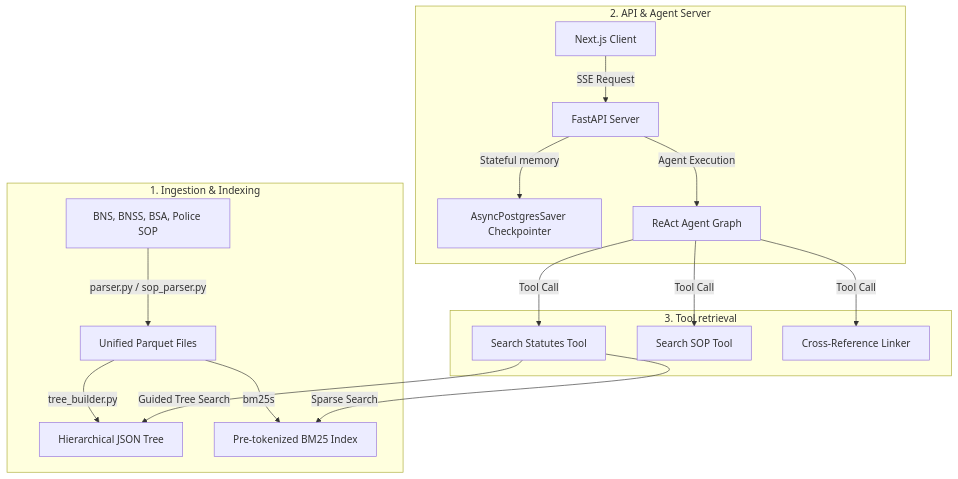
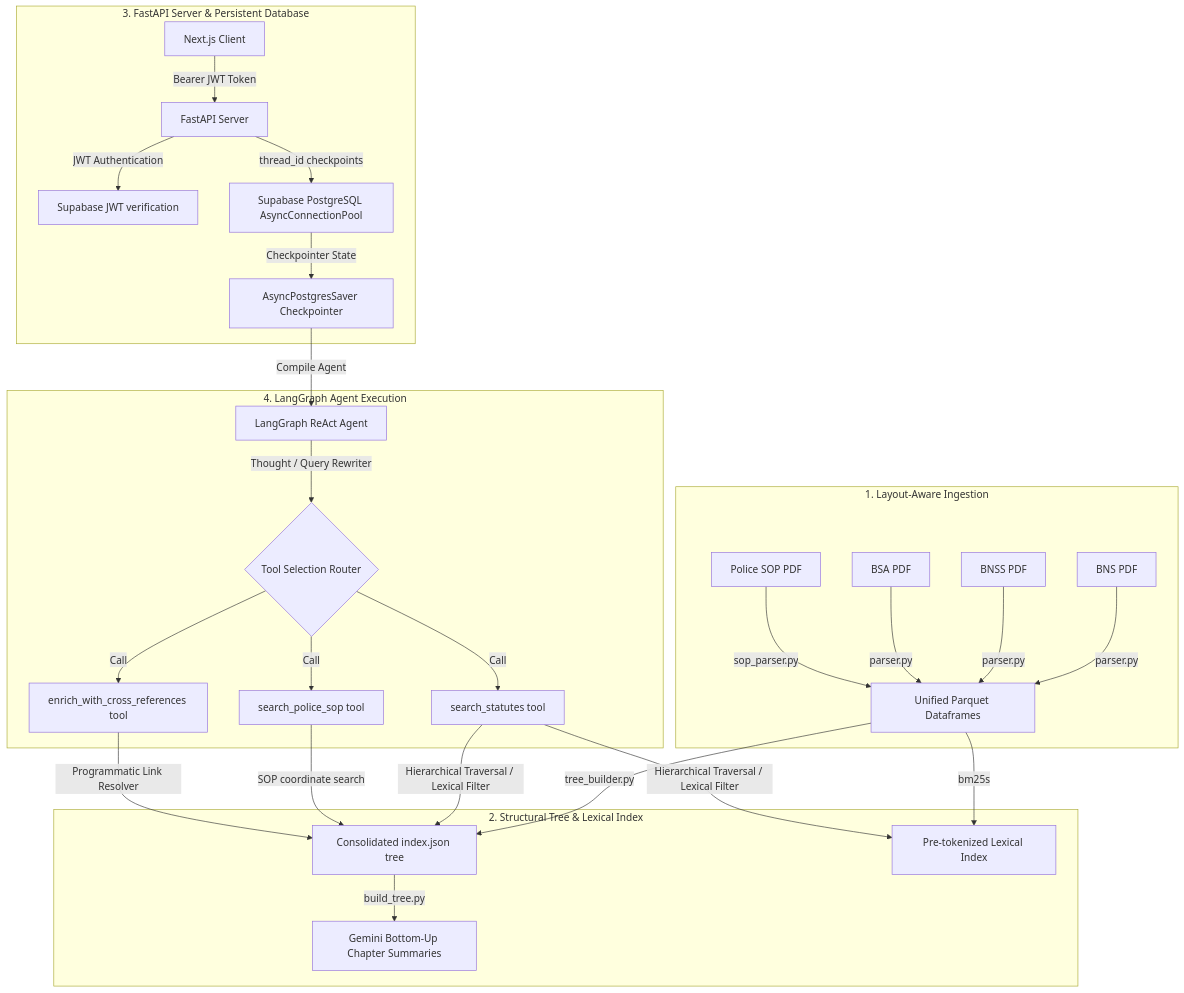
The diagram in docs/technical_report.md (MET4L-DS/Vectorless-RAG), drawn with Mermaid before and after one commit. The commit also changed other lines of this file, not shown here.

````diff
--- a/docs/technical_report.md
+++ b/docs/technical_report.md
@@ -16,23 +17,34 @@
 ```mermaid
 flowchart TD
-    subgraph Ingestion [1. Ingestion & Indexing]
-        PDFs[BNS, BNSS, BSA, Police SOP] -->|parser.py / sop_parser.py| Parquet[Unified Parquet Files]
-        Parquet -->|tree_builder.py| JSONTree[Hierarchical JSON Tree]
-        Parquet -->|bm25s| BM25Index[Pre-tokenized BM25 Index]
+    subgraph Parsing_Pipeline [1. Layout-Aware Ingestion]
+        BNS_PDF[BNS PDF] -->|parser.py| Parquet[Unified Parquet Dataframes]
+        BNSS_PDF[BNSS PDF] -->|parser.py| Parquet
+        BSA_PDF[BSA PDF] -->|parser.py| Parquet
+        SOP_PDF[Police SOP PDF] -->|sop_parser.py| Parquet
     end
 
-    subgraph API [2. API & Agent Server]
-        Client[Next.js Client] -->|SSE Request| API_Server[FastAPI Server]
-        API_Server -->|Stateful memory| PostgresSaver[AsyncPostgresSaver Checkpointer]
-        API_Server -->|Agent Execution| LangGraph[ReAct Agent Graph]
+    subgraph Indexing [2. Structural Tree & Lexical Index]
+        Parquet -->|tree_builder.py| JSONTree[Consolidated index.json tree]
+        Parquet -->|bm25s| BM25Index[Pre-tokenized Lexical Index]
+        JSONTree -->|build_tree.py| LLMSummaries[Gemini Bottom-Up Chapter Summaries]
     end
 
-    subgraph Tools [3. Tool retrieval]
-        LangGraph -->|Tool Call| search_statutes[Search Statutes Tool]
-        LangGraph -->|Tool Call| search_police_sop[Search SOP Tool]
-        LangGraph -->|Tool Call| enrich_references[Cross-Reference Linker]
+    subgraph API_Layer [3. FastAPI Server & Persistent Database]
+        NextJS[Next.js Client] -->|Bearer JWT Token| FastAPI[FastAPI Server]
+        FastAPI -->|JWT Authentication| SupabaseAuth[Supabase JWT verification]
+        FastAPI -->|thread_id checkpoints| PostgresPool[Supabase PostgreSQL AsyncConnectionPool]
+        PostgresPool -->|Checkpointer State| AsyncPostgresSaver[AsyncPostgresSaver Checkpointer]
+    end
+
+    subgraph Agent_Core [4. LangGraph Agent Execution]
+        AsyncPostgresSaver -->|Compile Agent| ReActAgent[LangGraph ReAct Agent]
+        ReActAgent -->|Thought / Query Rewriter| ToolsSelection{Tool Selection Router}
+        ToolsSelection -->|Call| search_statutes[search_statutes tool]
+        ToolsSelection -->|Call| search_police_sop[search_police_sop tool]
+        ToolsSelection -->|Call| enrich_cross_refs[enrich_with_cross_references tool]
         
-        search_statutes -->|Guided Tree Search| JSONTree
-        search_statutes -->|Sparse Search| BM25Index
+        search_statutes -->|Hierarchical Traversal / Lexical Filter| JSONTree & BM25Index
+        search_police_sop -->|SOP coordinate search| JSONTree
+        enrich_cross_refs -->|Programmatic Link Resolver| JSONTree
     end
 ```
````
